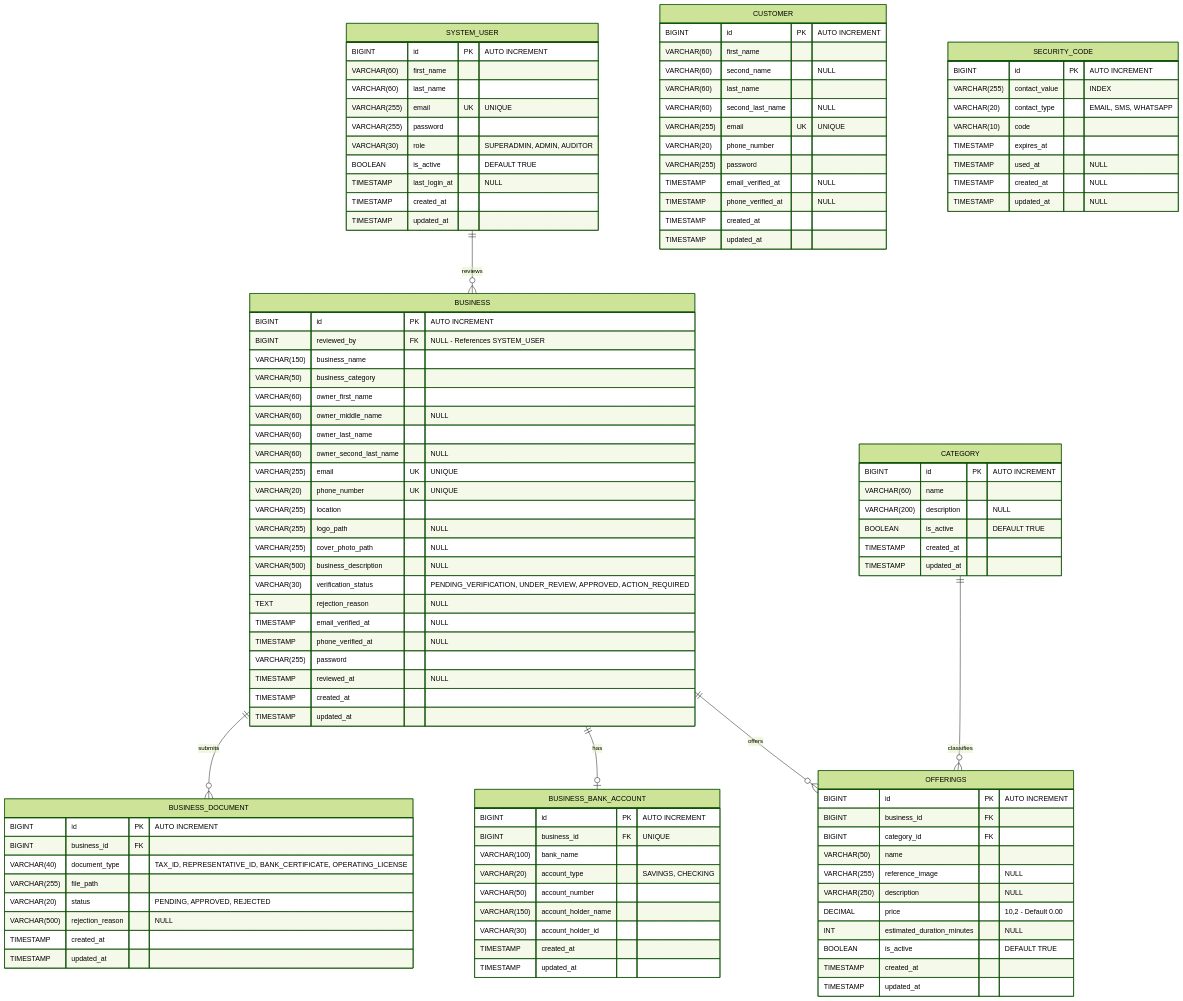
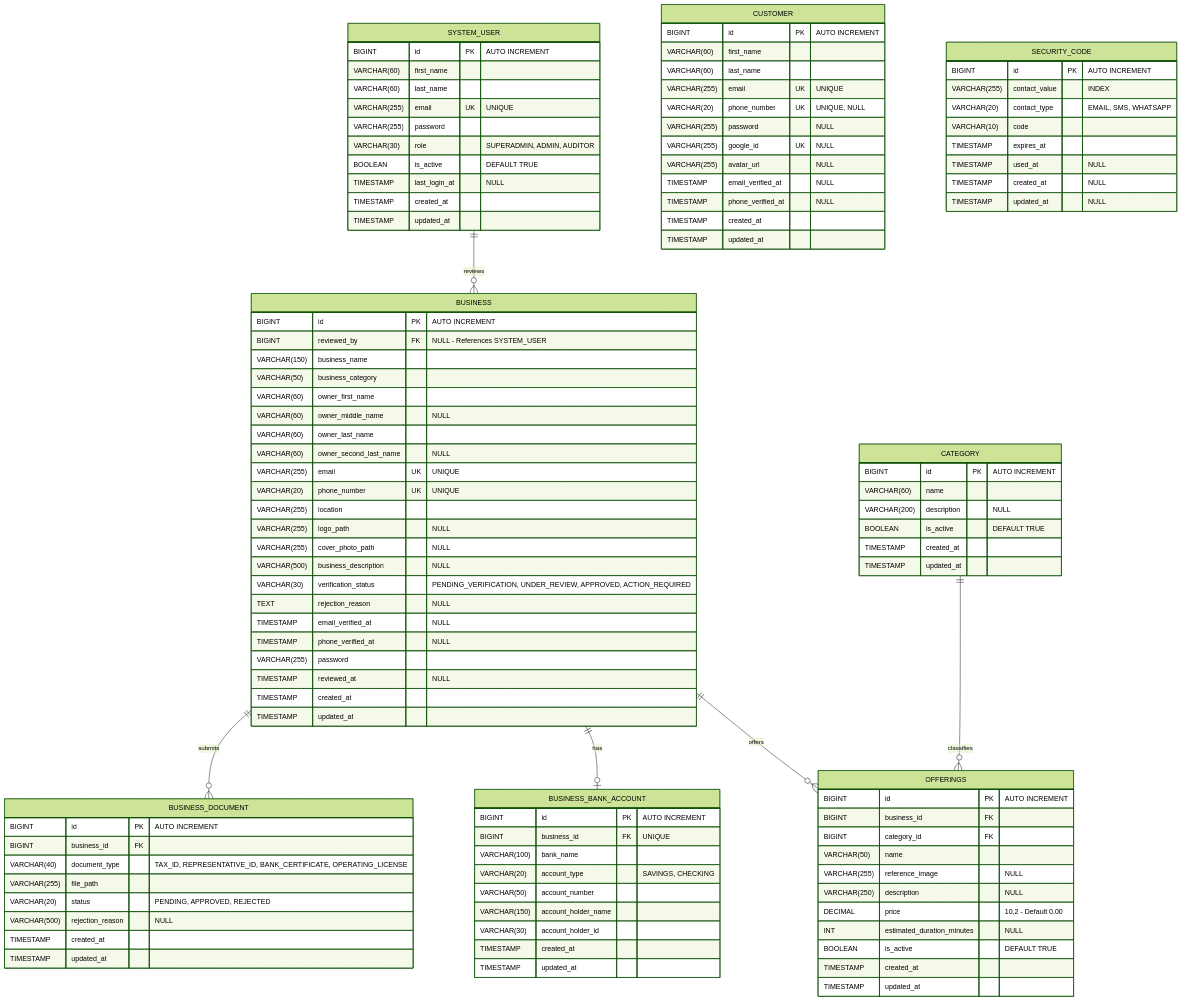
Before and after one commit to one-centavo/turnex: the diagram in docs/design/entity-relation-diagram.md, drawn with Mermaid (forest theme). The commit also changed 1 other file, not shown here.

Commit message:
docs(auth): streamline customer registration and add google oauth flow

```diff
--- a/docs/design/entity-relation-diagram.md
+++ b/docs/design/entity-relation-diagram.md
@@ -22,12 +22,12 @@
     CUSTOMER {
         BIGINT id PK "AUTO INCREMENT"
         VARCHAR(60) first_name
-        VARCHAR(60) second_name "NULL"
         VARCHAR(60) last_name
-        VARCHAR(60) second_last_name "NULL"
         VARCHAR(255) email UK "UNIQUE"
-        VARCHAR(20) phone_number
-        VARCHAR(255) password
+        VARCHAR(20) phone_number UK "UNIQUE, NULL"
+        VARCHAR(255) password "NULL"
+        VARCHAR(255) google_id UK "NULL"
+        VARCHAR(255) avatar_url "NULL"
         TIMESTAMP email_verified_at "NULL"
         TIMESTAMP phone_verified_at "NULL"
         TIMESTAMP created_at
```
